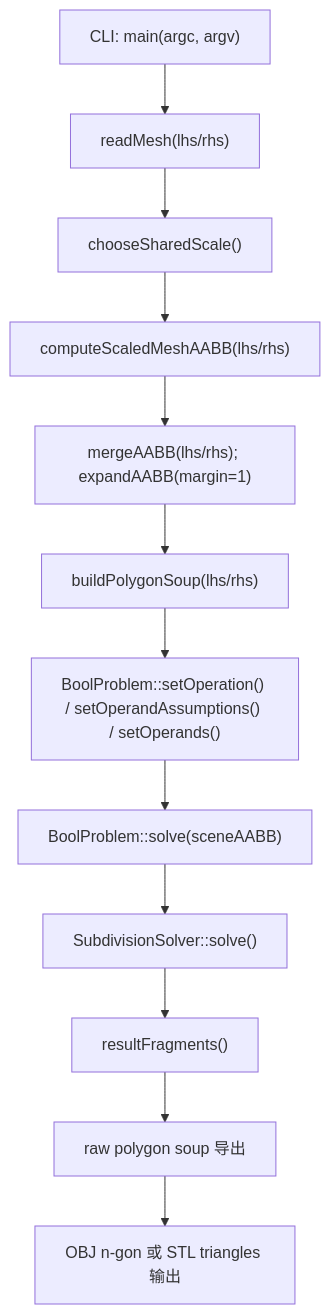
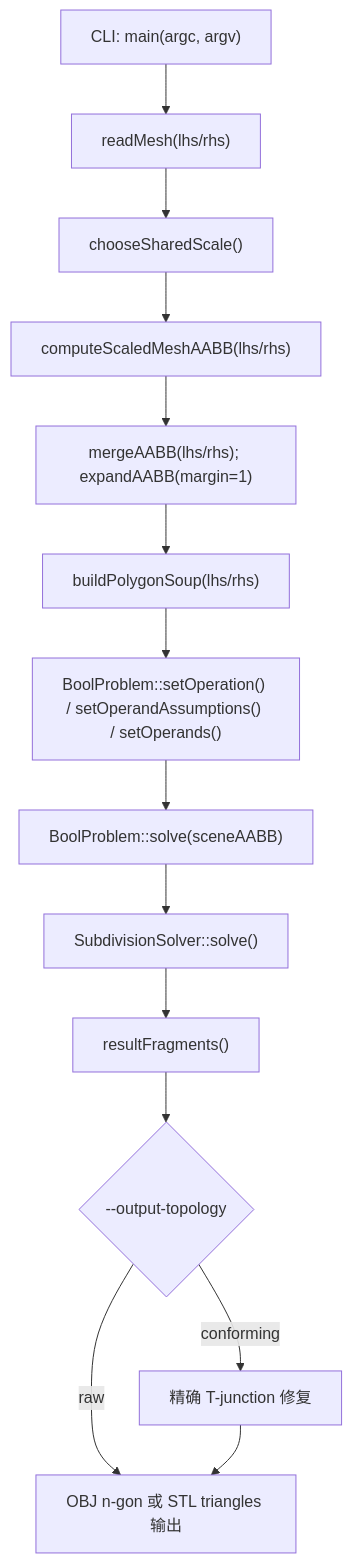
The first of 13 diagrams in docs/core-logic-flow.md (SDU-YueQiu/re-EMBER), drawn with Mermaid before and after one commit. The commit also changed other lines of this file and 5 other files, not shown here.

````diff
--- a/docs/core-logic-flow.md
+++ b/docs/core-logic-flow.md
@@ -32,14 +32,16 @@
 ```mermaid
 flowchart TD
     A["CLI: main(argc, argv)"] --> B["readMesh(lhs/rhs)"]
     B --> C["chooseSharedScale()"]
     C --> D["computeScaledMeshAABB(lhs/rhs)"]
     D --> E["mergeAABB(lhs/rhs); expandAABB(margin=1)"]
     E --> F["buildPolygonSoup(lhs/rhs)"]
     F --> G["BoolProblem::setOperation() / setOperandAssumptions() / setOperands()"]
     G --> H["BoolProblem::solve(sceneAABB)"]
     H --> I["SubdivisionSolver::solve()"]
     I --> J["resultFragments()"]
-    J --> K["raw polygon soup 导出"]
-    K --> L["OBJ n-gon 或 STL triangles 输出"]
+    J --> K{"--output-topology"}
+    K -->|"raw"| L["OBJ n-gon 或 STL triangles 输出"]
+    K -->|"conforming"| M["精确 T-junction 修复"]
+    M --> L
 ```
````
